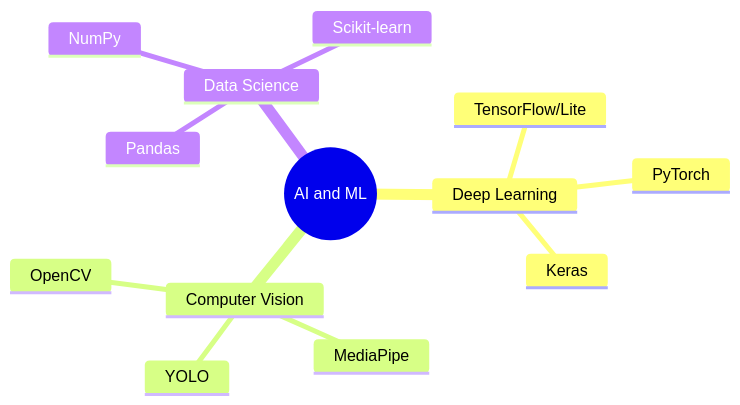
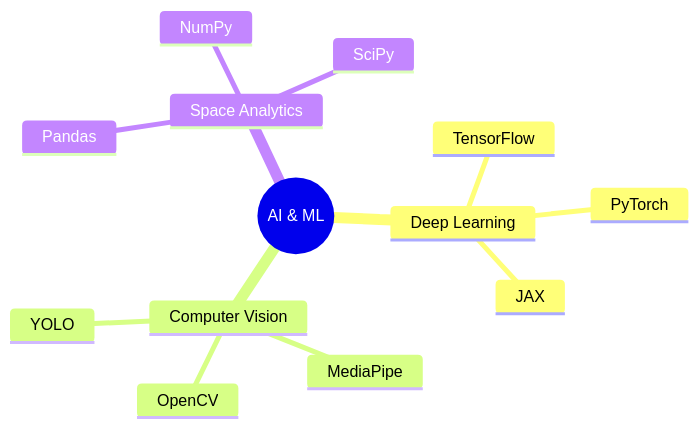
The third of 4 diagrams in README.md (KhamessiTaha/KhamessiTaha), drawn with Mermaid before and after one commit. The commit also changed other lines of this file, not shown here.

````diff
--- a/README.md
+++ b/README.md
@@ -98,17 +141,16 @@
 ```mermaid
 mindmap
-  root((AI and ML))
+  root((AI & ML))
     Deep Learning
-      TensorFlow/Lite
+      TensorFlow
       PyTorch
-      Keras
+      JAX
     Computer Vision
       OpenCV
       MediaPipe
       YOLO
-    Data Science
+    Space Analytics
       Pandas
       NumPy
-      Scikit-learn
-      
+      SciPy
 ```
````
